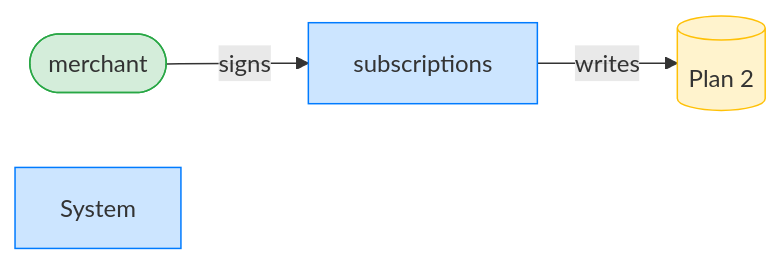
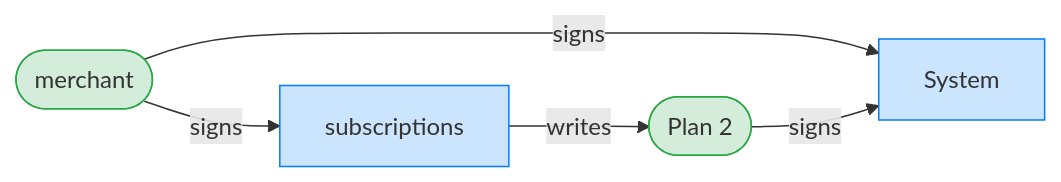
Before and after one commit to cds-rs/subscriptions: diagram 11 of 12 in dsl_tests/transfer-subscription--a-mismatched-subscription-is-refused.md, drawn with Mermaid. The commit also changed other lines of this file and 224 other files, not shown here.

````diff
--- a/dsl_tests/transfer-subscription--a-mismatched-subscription-is-refused.md
+++ b/dsl_tests/transfer-subscription--a-mismatched-subscription-is-refused.md
@@ -201,12 +210,14 @@
 ```mermaid
 flowchart LR
     classDef signer fill:#d4edda,stroke:#28a745;
     classDef program fill:#cce5ff,stroke:#007bff;
     classDef writable fill:#fff3cd,stroke:#ffc107;
     subscriptions[subscriptions]:::program
     merchant([merchant]):::signer
-    Plan_2[("Plan 2")]:::writable
+    Plan_2(["Plan 2"]):::signer
     System[System]:::program
     merchant -->|signs| subscriptions
+    merchant -->|signs| System
+    Plan_2 -->|signs| System
     subscriptions -->|writes| Plan_2
 ```
````
